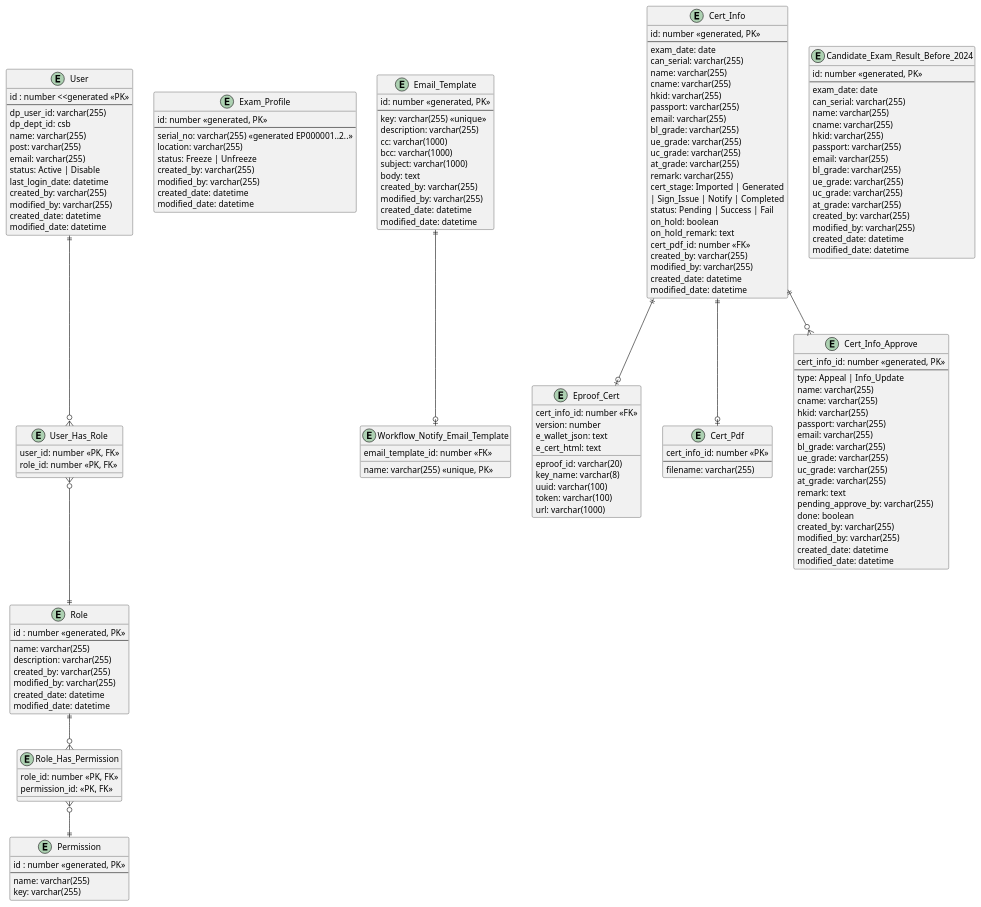
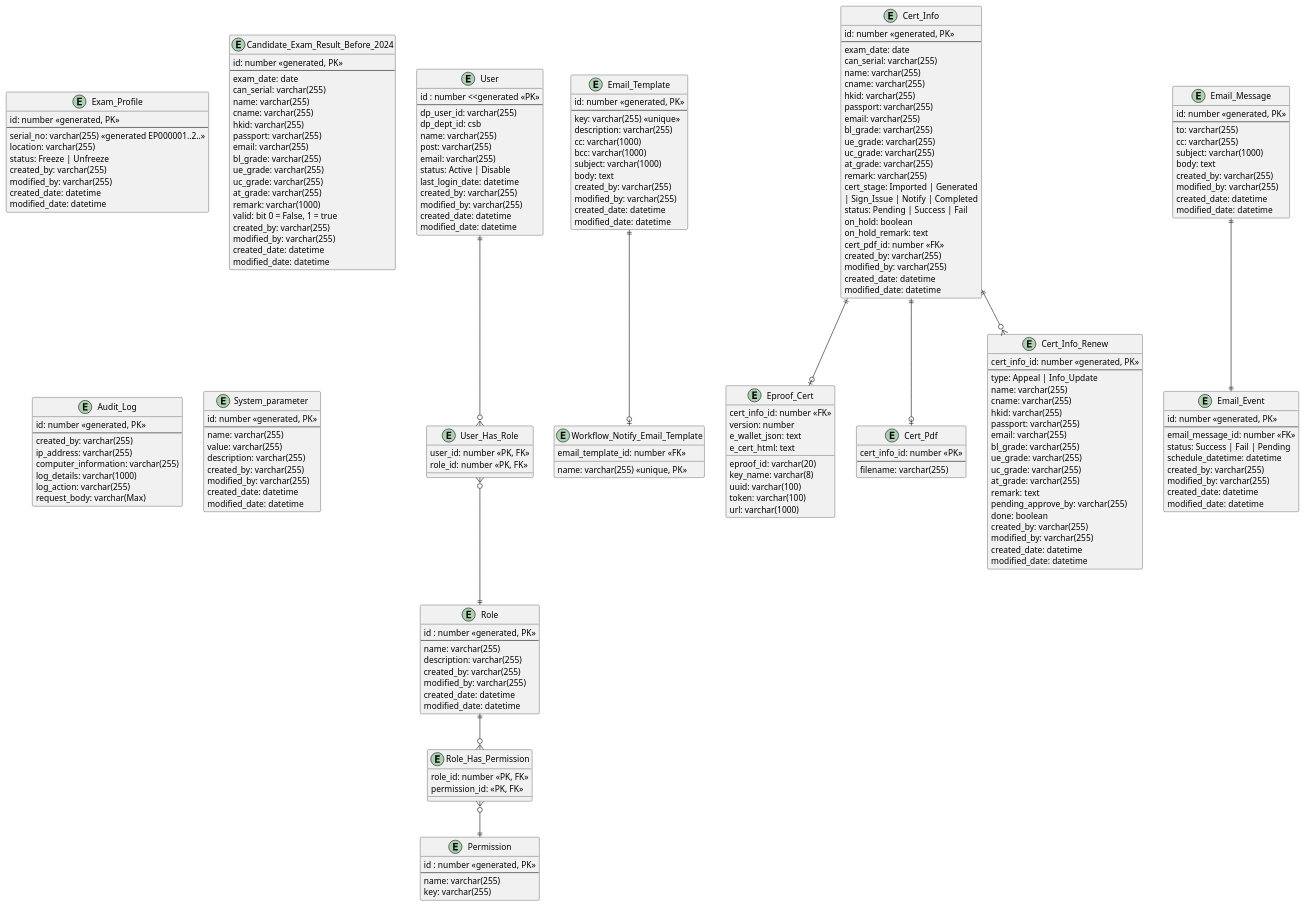
One commit to igsl-group/csb_eproof changed the diagram in er-diagram.puml. Above: the diagram before and after it, drawn with PlantUML. The commit also changed 1 other file, not shown here.

Commit message:
Update er diagram

```diff
--- a/er-diagram.puml
+++ b/er-diagram.puml
@@ -120,7 +120,7 @@
   modified_date: datetime
 }
 
-entity "Cert_Info_Approve" as cert_info_approve {
+entity "Cert_Info_Renew" as cert_info_approve {
   cert_info_id: number <<generated, PK>>
   --
   type: Appeal | Info_Update
@@ -156,6 +156,55 @@
   ue_grade: varchar(255)
   uc_grade: varchar(255)
   at_grade: varchar(255)
+  remark: varchar(1000)
+  valid: bit 0 = False, 1 = true
+  created_by: varchar(255)
+  modified_by: varchar(255)
+  created_date: datetime
+  modified_date: datetime
+}
+
+entity "Email_Message" as email_message {
+  id: number <<generated, PK>>
+  --
+  to: varchar(255)
+  cc: varchar(255)
+  subject: varchar(1000)
+  body: text
+  created_by: varchar(255)
+  modified_by: varchar(255)
+  created_date: datetime
+  modified_date: datetime
+}
+entity "Email_Event" as email_event {
+  id: number <<generated, PK>>
+  --
+  email_message_id: number <<FK>>
+  status: Success | Fail | Pending
+  schedule_datetime: datetime
+  created_by: varchar(255)
+  modified_by: varchar(255)
+  created_date: datetime
+  modified_date: datetime
+}
+
+entity "Audit_Log" as audit_log {
+  id: number <<generated, PK>>
+  --
+  created_by: varchar(255)
+  ip_address: varchar(255)
+  computer_information: varchar(255)
+  log_details: varchar(1000)
+  log_action: varchar(255)
+  request_body: varchar(Max)
+}
+
+entity "System_parameter" as system_parameter {
+  id: number <<generated, PK>>
+  --
+  name: varchar(255)
+  value: varchar(255)
+  description: varchar(255)
   created_by: varchar(255)
   modified_by: varchar(255)
   created_date: datetime
@@ -170,4 +219,5 @@
 cert_info ||--o{ cert_info_approve
 cert_info ||--o| cert_pdf
 cert_info ||--o| eproof_cert
+email_message ||--|| email_event
 @enduml
```
